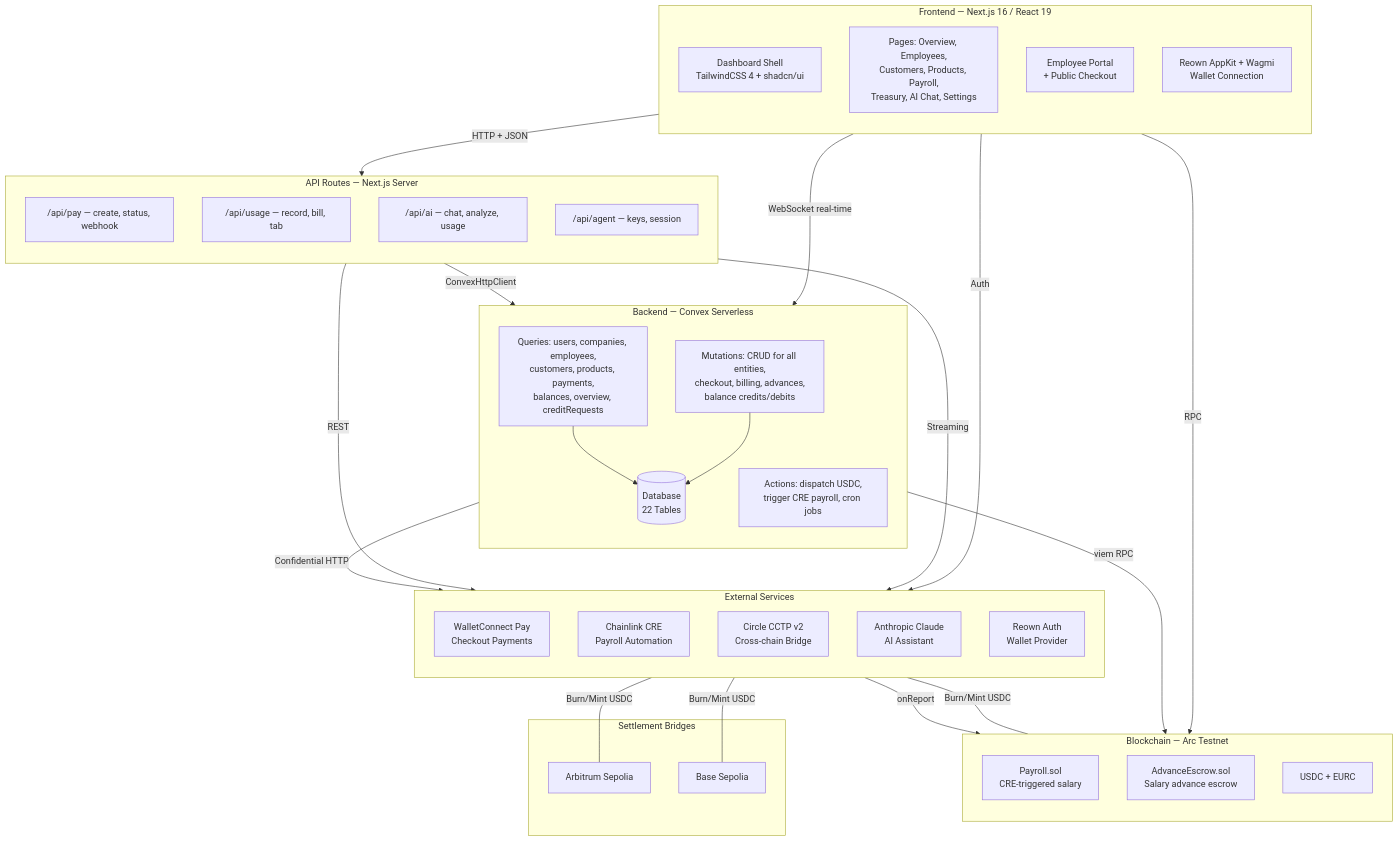
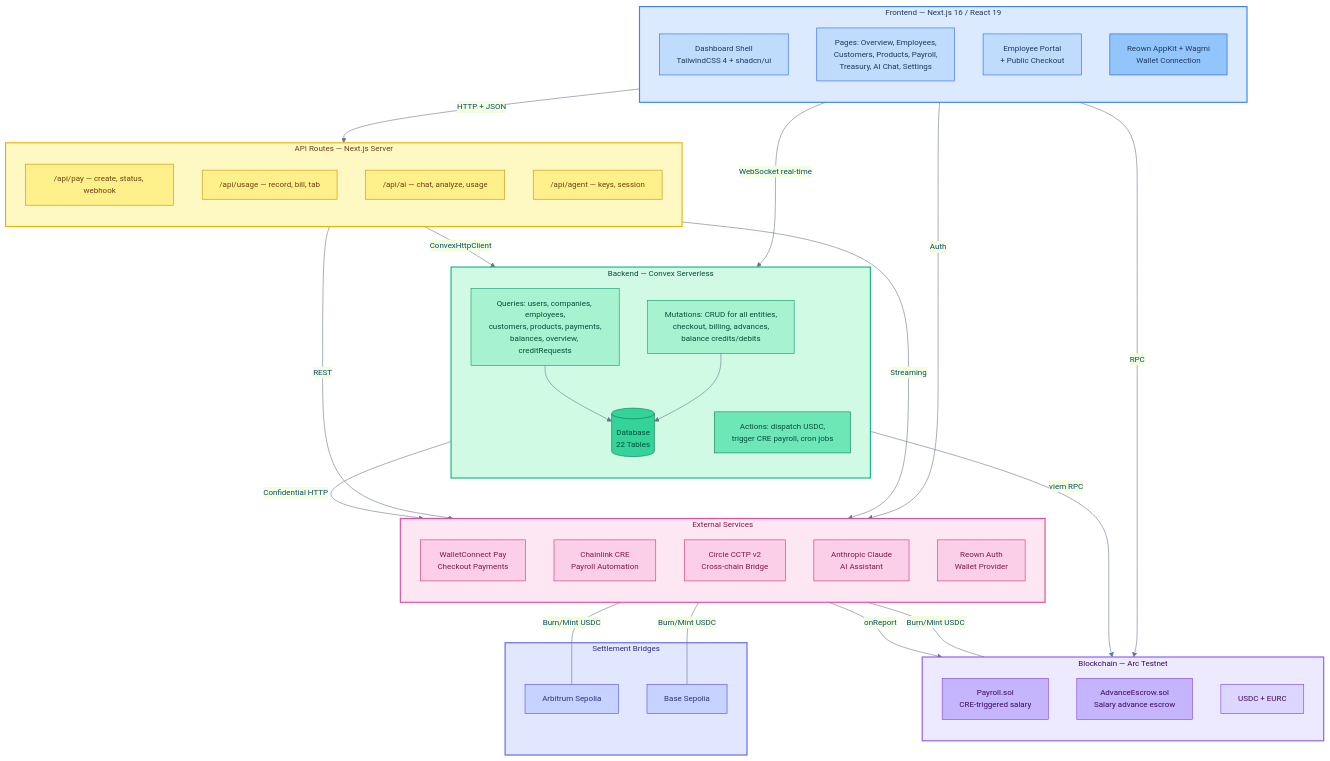
One commit to Cannes2026EthGlobal/webapp changed the first of 8 diagrams in ARCHITECTURE.md. Above: the diagram before and after it, drawn with Mermaid. The commit also changed other lines of this file, not shown here.

First line of the commit message:
docs: add colors, themed styling, and legend to architecture diagrams

````diff
--- a/ARCHITECTURE.md
+++ b/ARCHITECTURE.md
@@ -5,4 +5,5 @@
 ```mermaid
+%%{init: {'theme': 'base', 'themeVariables': {'primaryColor': '#e0f2fe', 'primaryTextColor': '#0c4a6e', 'lineColor': '#64748b', 'fontSize': '14px'}}}%%
 graph TB
     subgraph FE["Frontend — Next.js 16 / React 19"]
         direction TB
@@ -38,7 +39,7 @@
     subgraph EXT["External Services"]
         direction TB
         WCPAY["WalletConnect Pay<br/>Checkout Payments"]
-        CRE["Chainlink CRE<br/>Payroll Automation"]
+        CRE_SVC["Chainlink CRE<br/>Payroll Automation"]
         CCTP["Circle CCTP v2<br/>Cross-chain Bridge"]
         CLAUDE["Anthropic Claude<br/>AI Assistant"]
         REOWN["Reown Auth<br/>Wallet Provider"]
@@ -59,8 +60,8 @@
     AI_API -->|"Streaming"| CLAUDE
 
     ACTIONS -->|"viem RPC"| CHAIN
-    ACTIONS -->|"Confidential HTTP"| CRE
-    CRE -->|"onReport"| PAYROLL
+    ACTIONS -->|"Confidential HTTP"| CRE_SVC
+    CRE_SVC -->|"onReport"| PAYROLL
 
     CCTP ---|"Burn/Mint USDC"| CHAIN
     CCTP ---|"Burn/Mint USDC"| ARB
@@ -68,4 +69,39 @@
 
     QUERIES --> DB
     MUTATIONS --> DB
+
+    style FE fill:#dbeafe,stroke:#3b82f6,stroke-width:2px,color:#1e3a5f
+    style API fill:#fef9c3,stroke:#eab308,stroke-width:2px,color:#713f12
+    style CONVEX fill:#d1fae5,stroke:#10b981,stroke-width:2px,color:#064e3b
+    style CHAIN fill:#ede9fe,stroke:#8b5cf6,stroke-width:2px,color:#3b0764
+    style EXT fill:#fce7f3,stroke:#ec4899,stroke-width:2px,color:#831843
+    style BRIDGES fill:#e0e7ff,stroke:#6366f1,stroke-width:2px,color:#312e81
+
+    style UI fill:#bfdbfe,stroke:#2563eb,color:#1e3a5f
+    style PAGES fill:#bfdbfe,stroke:#2563eb,color:#1e3a5f
+    style PORTAL fill:#bfdbfe,stroke:#2563eb,color:#1e3a5f
+    style WALLET fill:#93c5fd,stroke:#1d4ed8,color:#1e3a5f
+
+    style PAY_API fill:#fef08a,stroke:#ca8a04,color:#713f12
+    style USAGE_API fill:#fef08a,stroke:#ca8a04,color:#713f12
+    style AI_API fill:#fef08a,stroke:#ca8a04,color:#713f12
+    style AGENT_API fill:#fef08a,stroke:#ca8a04,color:#713f12
+
+    style QUERIES fill:#a7f3d0,stroke:#059669,color:#064e3b
+    style MUTATIONS fill:#a7f3d0,stroke:#059669,color:#064e3b
+    style ACTIONS fill:#6ee7b7,stroke:#047857,color:#064e3b
+    style DB fill:#34d399,stroke:#047857,color:#064e3b
+
+    style PAYROLL fill:#c4b5fd,stroke:#7c3aed,color:#3b0764
+    style ESCROW fill:#c4b5fd,stroke:#7c3aed,color:#3b0764
+    style TOKENS fill:#ddd6fe,stroke:#7c3aed,color:#3b0764
+
+    style WCPAY fill:#fbcfe8,stroke:#db2777,color:#831843
+    style CRE_SVC fill:#fbcfe8,stroke:#db2777,color:#831843
+    style CCTP fill:#fbcfe8,stroke:#db2777,color:#831843
+    style CLAUDE fill:#fbcfe8,stroke:#db2777,color:#831843
+    style REOWN fill:#fbcfe8,stroke:#db2777,color:#831843
+
+    style ARB fill:#c7d2fe,stroke:#4f46e5,color:#312e81
+    style BASE fill:#c7d2fe,stroke:#4f46e5,color:#312e81
 ```
````
